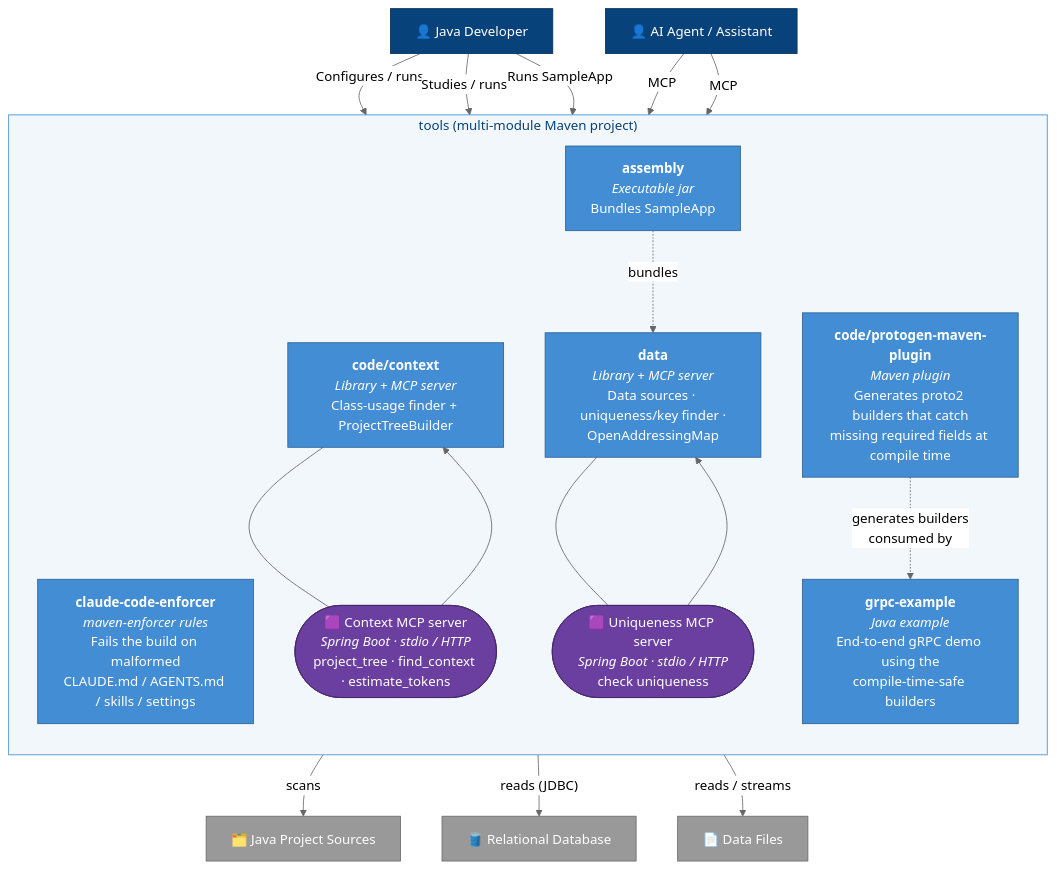
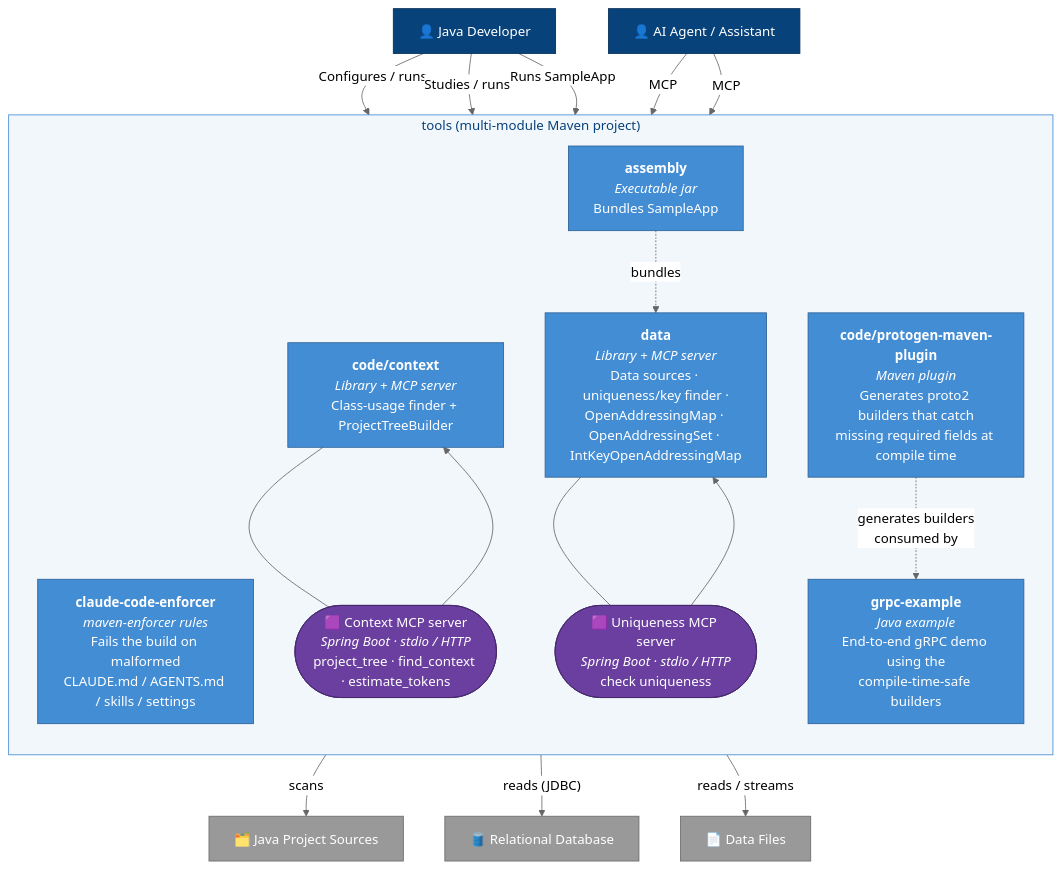
One commit to adamw7/tools changed the second of 4 diagrams in docs/c4-architecture.md. Above: the diagram before and after it, drawn with Mermaid (neutral theme). The commit also changed other lines of this file and 3 other files, not shown here.

````diff
--- a/docs/c4-architecture.md
+++ b/docs/c4-architecture.md
@@ -68,51 +68,51 @@
 ```mermaid
 flowchart TB
     dev["👤 Java Developer"]
     agent["👤 AI Agent / Assistant"]
 
     subgraph tools ["tools  (multi-module Maven project)"]
         direction TB
 
         enforcer["<b>claude-code-enforcer</b><br/><i>maven-enforcer rules</i><br/>Fails the build on malformed<br/>CLAUDE.md / AGENTS.md / skills / settings"]
         protogen["<b>code/protogen-maven-plugin</b><br/><i>Maven plugin</i><br/>Generates proto2 builders that catch<br/>missing required fields at compile time"]
         grpc["<b>grpc-example</b><br/><i>Java example</i><br/>End-to-end gRPC demo using the<br/>compile-time-safe builders"]
         assembly["<b>assembly</b><br/><i>Executable jar</i><br/>Bundles SampleApp"]
 
         context["<b>code/context</b><br/><i>Library + MCP server</i><br/>Class-usage finder + ProjectTreeBuilder"]
         contextMcp(["🟪 Context MCP server<br/><i>Spring Boot · stdio / HTTP</i><br/>project_tree · find_context · estimate_tokens"])
 
-        data["<b>data</b><br/><i>Library + MCP server</i><br/>Data sources · uniqueness/key finder ·<br/>OpenAddressingMap"]
+        data["<b>data</b><br/><i>Library + MCP server</i><br/>Data sources · uniqueness/key finder ·<br/>OpenAddressingMap · OpenAddressingSet · IntKeyOpenAddressingMap"]
         dataMcp(["🟪 Uniqueness MCP server<br/><i>Spring Boot · stdio / HTTP</i><br/>check uniqueness"])
 
         context --- contextMcp
         data --- dataMcp
     end
 
     projectSrc["🗂️ Java Project Sources"]
     db["🛢️ Relational Database"]
     files["📄 Data Files"]
 
     dev -->|"Configures / runs"| protogen
     dev -->|"Studies / runs"| grpc
     dev -->|"Runs SampleApp"| assembly
     agent -->|"MCP"| contextMcp
     agent -->|"MCP"| dataMcp
 
     protogen -.->|"generates builders<br/>consumed by"| grpc
     assembly -.->|"bundles"| data
     contextMcp --> context
     dataMcp --> data
     context -->|"scans"| projectSrc
     data -->|"reads (JDBC)"| db
     data -->|"reads / streams"| files
 
     classDef person fill:#08427b,stroke:#052e56,color:#fff
     classDef container fill:#438dd5,stroke:#2e6295,color:#fff
     classDef mcp fill:#6b3fa0,stroke:#46296b,color:#fff
     classDef ext fill:#999999,stroke:#6b6b6b,color:#fff
     class dev,agent person
     class enforcer,protogen,grpc,assembly,context,data container
     class contextMcp,dataMcp mcp
     class projectSrc,db,files ext
     style tools fill:#f2f7fc,stroke:#438dd5,color:#08427b
 ```
````
